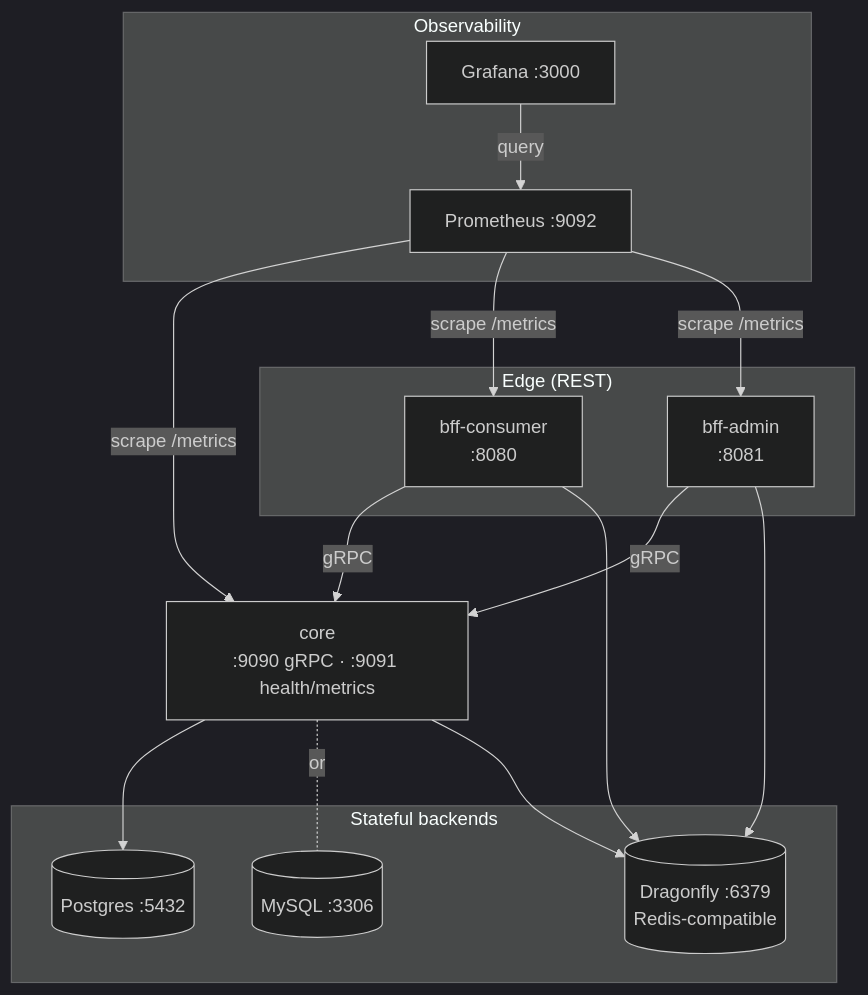
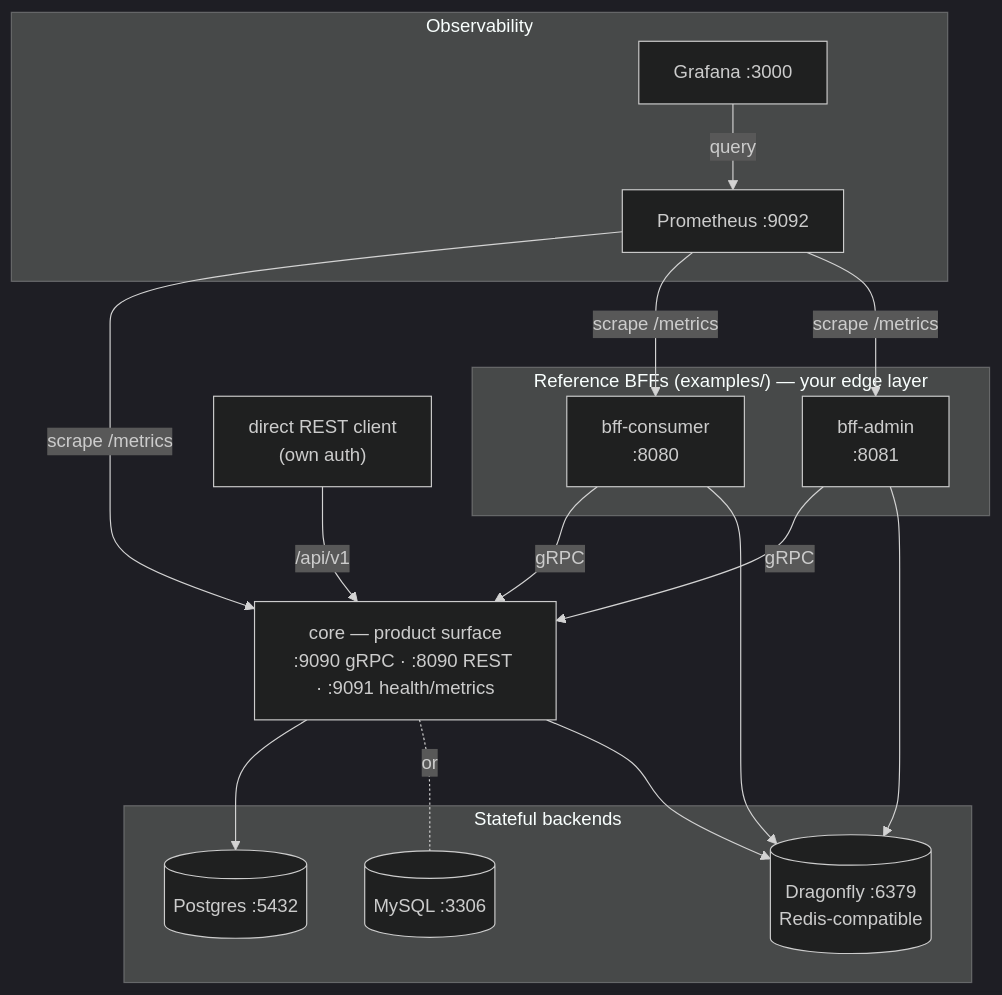
Before and after one commit to ndmt1at21/muse: the first of 2 diagrams in website/docs/architecture/topology.md, drawn with Mermaid (dark theme). The commit also changed other lines of this file and 53 other files, not shown here.

````diff
--- a/website/docs/architecture/topology.md
+++ b/website/docs/architecture/topology.md
@@ -10,31 +10,32 @@
 ```mermaid
 flowchart TB
-  subgraph edge["Edge (REST)"]
+  subgraph edge["Reference BFFs (examples/) — your edge layer"]
     cons["bff-consumer<br/>:8080"]
     adm["bff-admin<br/>:8081"]
   end
-  core["core<br/>:9090 gRPC · :9091 health/metrics"]
+  core["core — product surface<br/>:9090 gRPC · :8090 REST · :9091 health/metrics"]
 
   subgraph data["Stateful backends"]
     pg[("Postgres :5432")]
     my[("MySQL :3306")]
     df[("Dragonfly :6379<br/>Redis-compatible")]
   end
 
   subgraph obs["Observability"]
     prom["Prometheus :9092"]
     graf["Grafana :3000"]
   end
 
   cons -->|gRPC| core
   adm -->|gRPC| core
+  client["direct REST client<br/>(own auth)"] -->|"/api/v1"| core
   core --> pg
   core -. "or" .- my
   core --> df
   cons --> df
   adm --> df
   prom -->|"scrape /metrics"| core
   prom -->|"scrape /metrics"| cons
   prom -->|"scrape /metrics"| adm
   graf -->|"query"| prom
 ```
````
